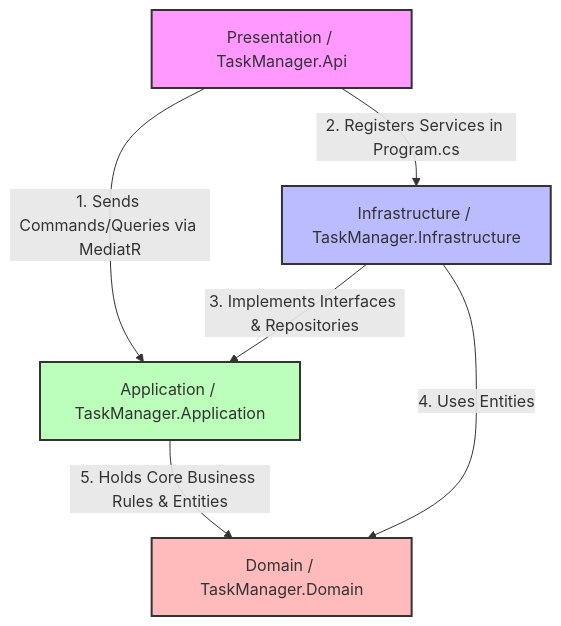
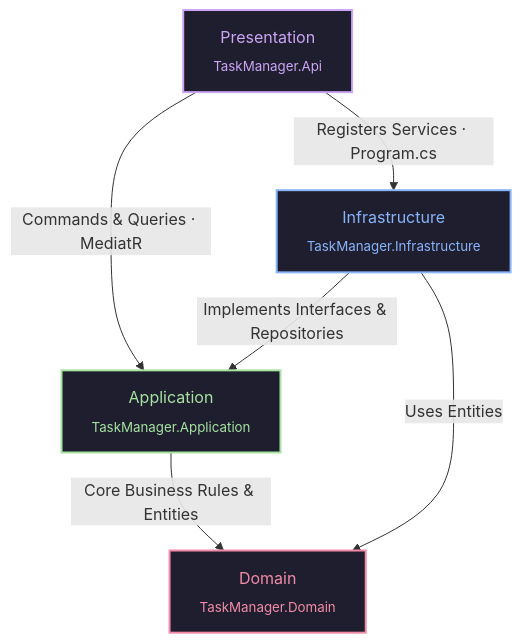
Before and after one commit to OmarDiv/TaskManager: the diagram in README.md, drawn with Mermaid. The commit also changed other lines of this file and 1 other file, not shown here.

Commit message:
Update architecture diagram and add JWT expiration config
Improved the architecture diagram in README.md for clarity and visual distinction of layers.
Added Jwt__ExpirationInMinutes environment variable to docker-compose.yml to control JWT token lifetime.

````diff
--- a/README.md
+++ b/README.md
@@ -22,20 +21,18 @@
 ```mermaid
 graph TD
-    %% الطبقة الخارجية (بوابة الدخول)
-    Presentation[Presentation / TaskManager.Api] -->|1. Sends Commands/Queries via MediatR| Application[Application / TaskManager.Application]
-    Presentation -->|2. Registers Services in Program.cs| Infrastructure[Infrastructure / TaskManager.Infrastructure]
+    Presentation["Presentation<br/><sub>TaskManager.Api</sub>"]
+    Infrastructure["Infrastructure<br/><sub>TaskManager.Infrastructure</sub>"]
+    Application["Application<br/><sub>TaskManager.Application</sub>"]
+    Domain["Domain<br/><sub>TaskManager.Domain</sub>"]
 
-    %% الطبقة التقنية (الأدوات الخارجية)
-    Infrastructure -->|3. Implements Interfaces & Repositories| Application
-    Infrastructure -->|4. Uses Entities| Domain[Domain / TaskManager.Domain]
+    Presentation -->|"Commands & Queries · MediatR"| Application
+    Presentation -->|"Registers Services · Program.cs"| Infrastructure
+    Infrastructure -->|"Implements Interfaces & Repositories"| Application
+    Infrastructure -->|"Uses Entities"| Domain
+    Application -->|"Core Business Rules & Entities"| Domain
 
-    %% الطبقة الداخلية (القلب)
-    Application -->|5. Holds Core Business Rules & Entities| Domain
-
-    %% تحسين الألوان لبيان عمق الطبقات (من برة لجوه)
-    style Presentation fill:#f9f,stroke:#333,stroke-width:2px
-    style Infrastructure fill:#bbf,stroke:#333,stroke-width:2px
-    style Application fill:#bfb,stroke:#333,stroke-width:2px
-    style Domain fill:#fbb,stroke:#333,stroke-width:2px
-
+    style Presentation fill:#1e1e2e,stroke:#cba6f7,stroke-width:2px,color:#cba6f7
+    style Infrastructure fill:#1e1e2e,stroke:#89b4fa,stroke-width:2px,color:#89b4fa
+    style Application fill:#1e1e2e,stroke:#a6e3a1,stroke-width:2px,color:#a6e3a1
+    style Domain fill:#1e1e2e,stroke:#f38ba8,stroke-width:2px,color:#f38ba8
 ```
````
